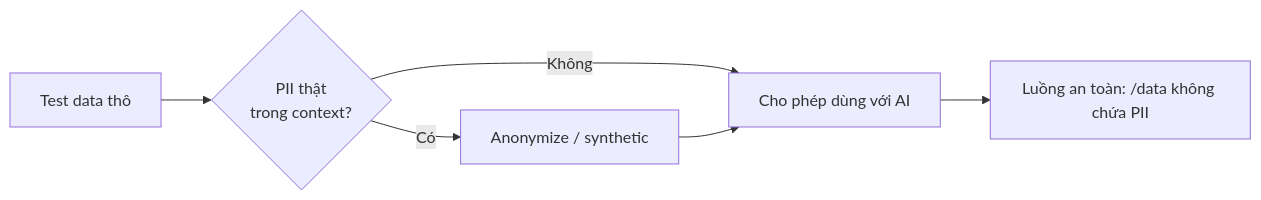
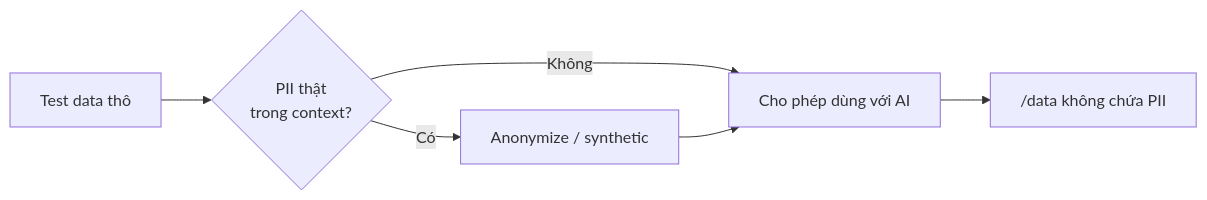
One commit to heino-labs/gen-ai-labs changed the fifth of 6 diagrams in docs/curriculum/MODULE-05-ai-validation.md. Above: the diagram before and after it, drawn with Mermaid. The commit also changed other lines of this file and 10 other files, not shown here.

Commit message:
Refactor MODULE-09-capstone.md and README.md for clarity and structure; enhance narrative flow and emphasize evidence-based learning in AI testing curriculum.

````diff
--- a/docs/curriculum/MODULE-05-ai-validation.md
+++ b/docs/curriculum/MODULE-05-ai-validation.md
@@ -321,8 +175,8 @@
 ```mermaid
 flowchart LR
     D["Test data thô"] --> CHECK{"PII thật<br/>trong context?"}
     CHECK -- Có --> MASK["Anonymize / synthetic"]
     CHECK -- Không --> OK["Cho phép dùng với AI"]
     MASK --> OK
-    OK --> SAFE["Luồng an toàn: /data không chứa PII"]
+    OK --> SAFE["/data không chứa PII"]
 ```
````
